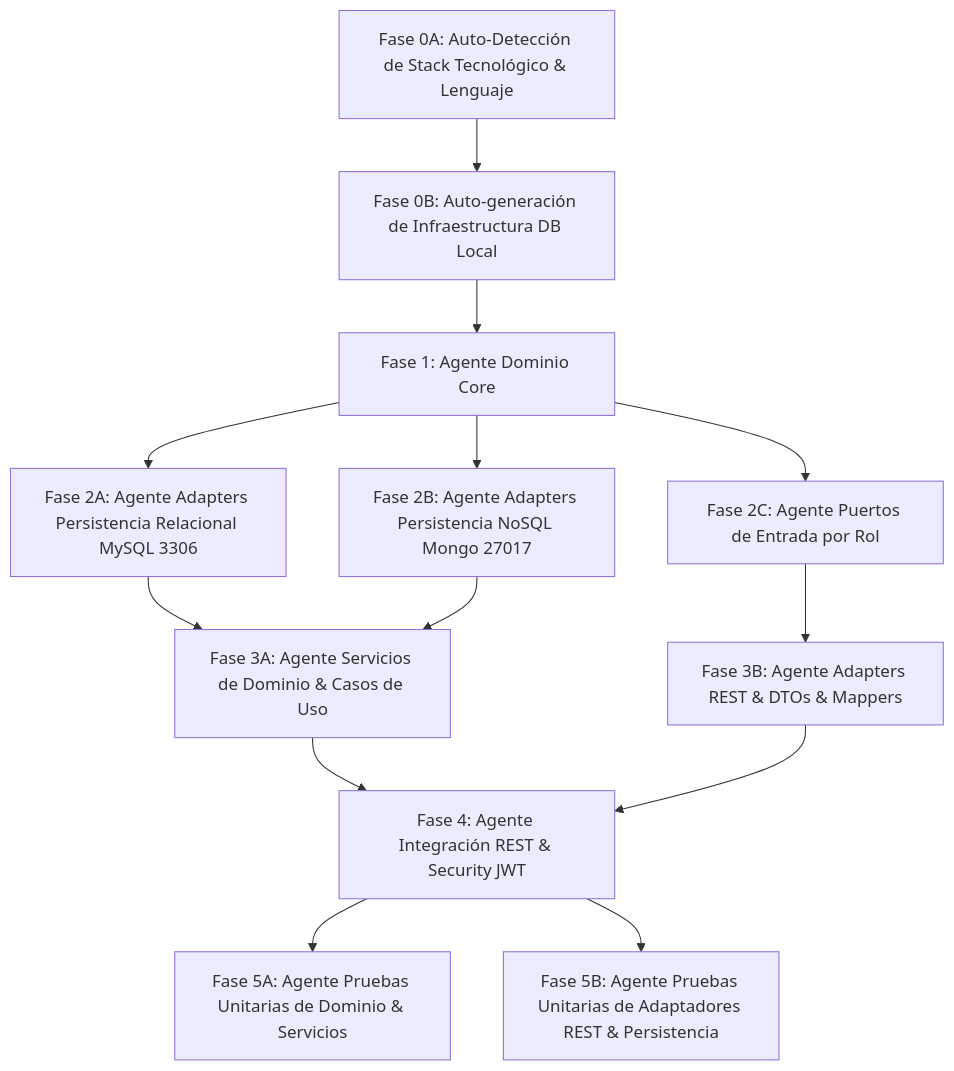
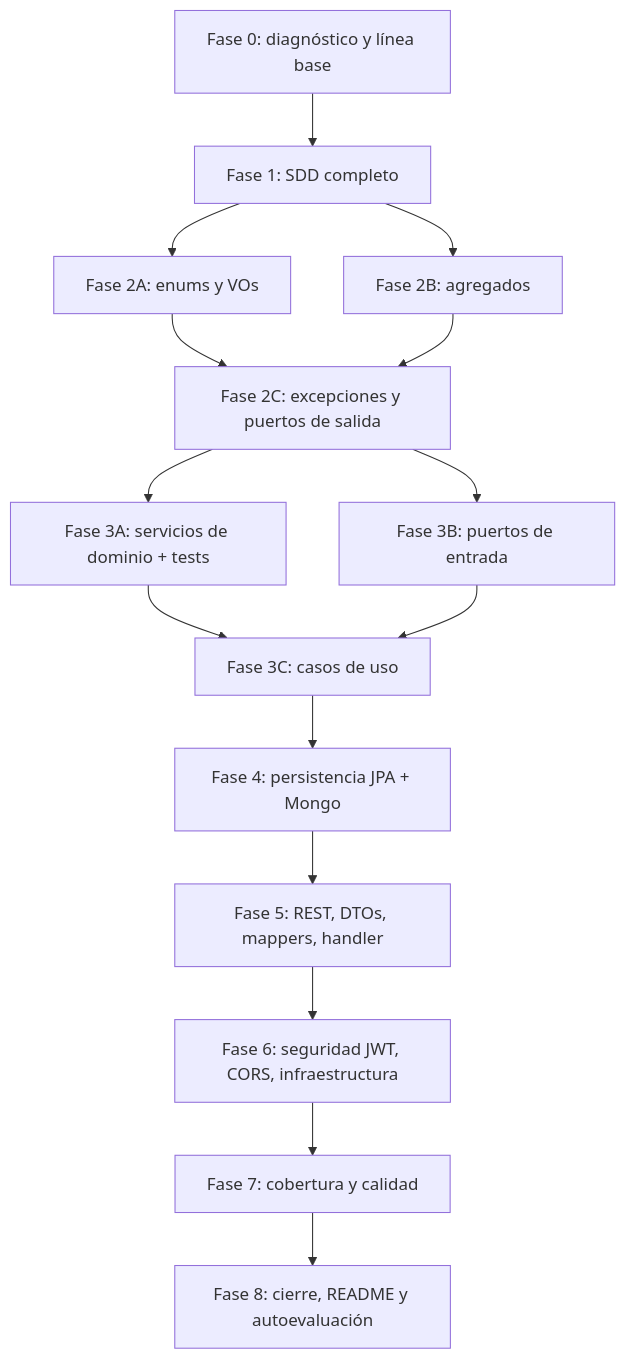
Before and after one commit to mariavasquez66/MARKET-NEXUS: the diagram in SDD/Orchestrator-prompt.md, drawn with Mermaid. The commit also changed other lines of this file, not shown here.

Commit message:
docs(sdd): adapt orchestrator prompt to NexusMarket

````diff
--- a/SDD/Orchestrator-prompt.md
+++ b/SDD/Orchestrator-prompt.md
@@ -27,18 +43,17 @@
 ```mermaid
 graph TD
-    Sub0A[Fase 0A: Auto-Detección de Stack Tecnológico & Lenguaje] --> Sub0B[Fase 0B: Auto-generación de Infraestructura DB Local]
-    Sub0B --> Sub1[Fase 1: Agente Dominio Core]
-    Sub1 --> Sub2A[Fase 2A: Agente Adapters Persistencia Relacional MySQL 3306]
-    Sub1 --> Sub2B[Fase 2B: Agente Adapters Persistencia NoSQL Mongo 27017]
-    Sub1 --> Sub2C[Fase 2C: Agente Puertos de Entrada por Rol]
-    
-    Sub2A --> Sub3A[Fase 3A: Agente Servicios de Dominio & Casos de Uso]
-    Sub2B --> Sub3A
-    Sub2C --> Sub3B[Fase 3B: Agente Adapters REST & DTOs & Mappers]
-    
-    Sub3A --> Sub4[Fase 4: Agente Integración REST & Security JWT]
-    Sub3B --> Sub4
-    
-    Sub4 --> Sub5A[Fase 5A: Agente Pruebas Unitarias de Dominio & Servicios]
-    Sub4 --> Sub5B[Fase 5B: Agente Pruebas Unitarias de Adaptadores REST & Persistencia]
+    F0[Fase 0: diagnóstico y línea base] --> F1[Fase 1: SDD completo]
+    F1 --> F2A[Fase 2A: enums y VOs]
+    F1 --> F2B[Fase 2B: agregados]
+    F2A --> F2C[Fase 2C: excepciones y puertos de salida]
+    F2B --> F2C
+    F2C --> F3A[Fase 3A: servicios de dominio + tests]
+    F2C --> F3B[Fase 3B: puertos de entrada]
+    F3A --> F3C[Fase 3C: casos de uso]
+    F3B --> F3C
+    F3C --> F4[Fase 4: persistencia JPA + Mongo]
+    F4 --> F5[Fase 5: REST, DTOs, mappers, handler]
+    F5 --> F6[Fase 6: seguridad JWT, CORS, infraestructura]
+    F6 --> F7[Fase 7: cobertura y calidad]
+    F7 --> F8[Fase 8: cierre, README y autoevaluación]
 ```
````
